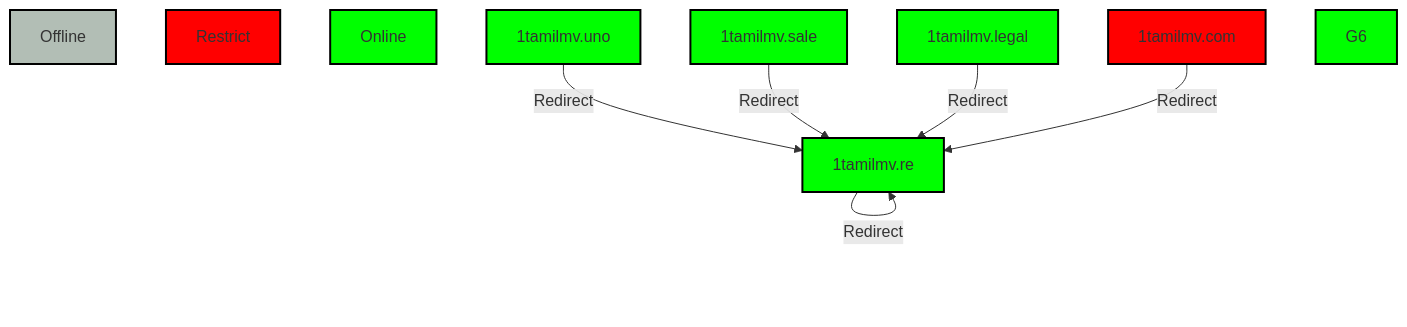
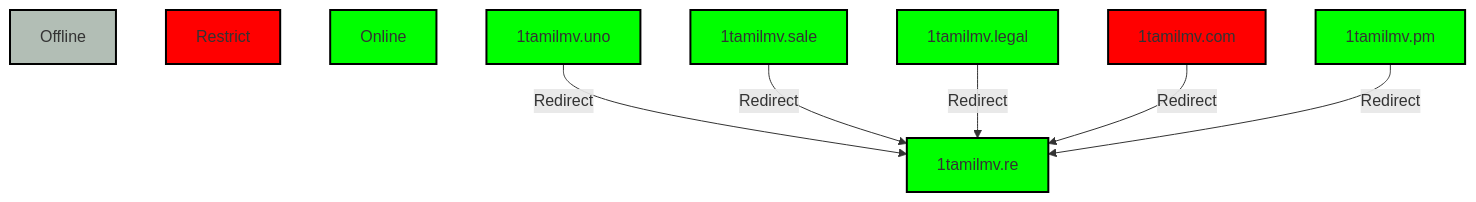
One commit to Tpj-root/SiteEvolution changed the diagram in README.md. Above: the diagram before and after it, drawn with Mermaid.

Commit message:
And Here We Go

````diff
--- a/README.md
+++ b/README.md
@@ -437,22 +437,22 @@
 ```mermaid
 graph TD;
     style A fill:#B2BEB5,stroke:#000,stroke-width:2px;
     style R fill:#f00,stroke:#000,stroke-width:2px;
     style G fill:#0f0,stroke:#000,stroke-width:2px;
     style G1 fill:#0f0,stroke:#000,stroke-width:2px;
     style G2 fill:#0f0,stroke:#000,stroke-width:2px;
     style G3 fill:#0f0,stroke:#000,stroke-width:2px;
     style G4 fill:#f00,stroke:#000,stroke-width:2px;
     style G5 fill:#0f0,stroke:#000,stroke-width:2px;
     style G6 fill:#0f0,stroke:#000,stroke-width:2px;
     
     
     G[Online]
     A[Offline]
     R[Restrict]
     G1[1tamilmv.uno] -->|Redirect| G5[1tamilmv.re]
     G2[1tamilmv.sale] -->|Redirect| G5[1tamilmv.re]
     G3[1tamilmv.legal] -->|Redirect| G5[1tamilmv.re]
     G4[1tamilmv.com] -->|Redirect| G5[1tamilmv.re]
-    G5[1tamilmv.pm] -->|Redirect| G5[1tamilmv.re]
+    G6[1tamilmv.pm] -->|Redirect| G5[1tamilmv.re]
 ```
````
